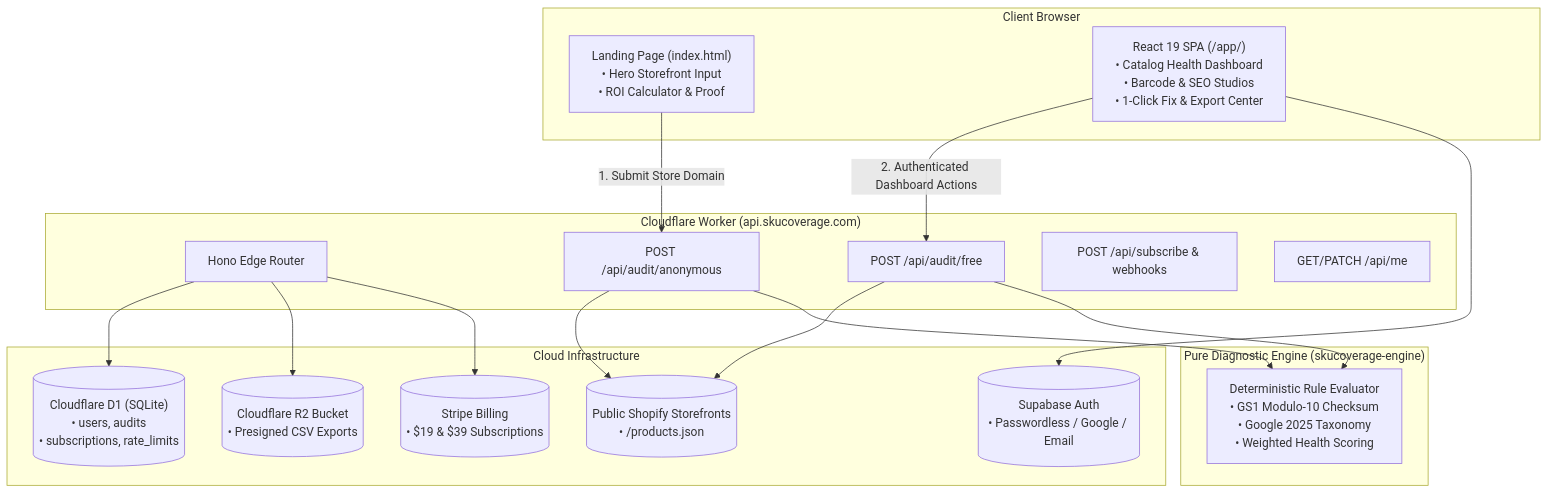
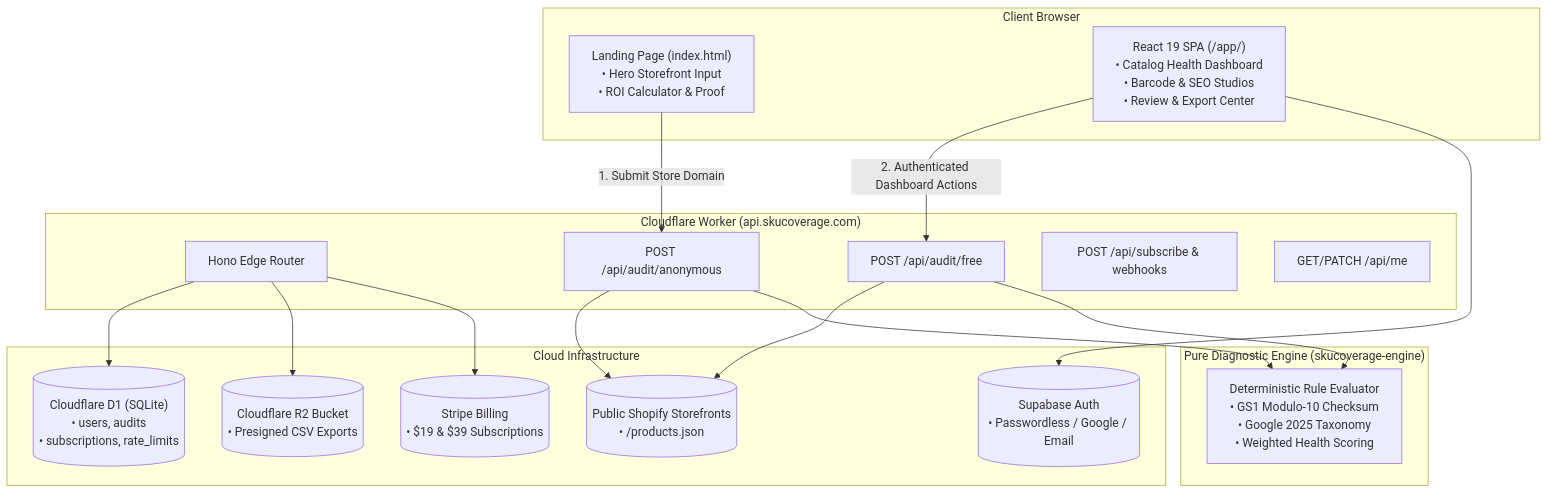
One commit to rifashahath/skucoverage changed the diagram in PROJECT_OVERVIEW.md. Above: the diagram before and after it, drawn with Mermaid. The commit also changed other lines of this file and 8 other files, not shown here.

````diff
--- a/PROJECT_OVERVIEW.md
+++ b/PROJECT_OVERVIEW.md
@@ -60,38 +60,38 @@
 ```mermaid
 graph TD
     subgraph Client["Client Browser"]
         Landing["Landing Page (index.html)<br/>• Hero Storefront Input<br/>• ROI Calculator & Proof"]
-        SPA["React 19 SPA (/app/)<br/>• Catalog Health Dashboard<br/>• Barcode & SEO Studios<br/>• 1-Click Fix & Export Center"]
+        SPA["React 19 SPA (/app/)<br/>• Catalog Health Dashboard<br/>• Barcode & SEO Studios<br/>• Review & Export Center"]
     end
 
     subgraph EdgeWorker["Cloudflare Worker (api.skucoverage.com)"]
         HonoApp["Hono Edge Router"]
         AnonEndpoint["POST /api/audit/anonymous"]
         AuthEndpoint["POST /api/audit/free"]
         StripeEndpoint["POST /api/subscribe & webhooks"]
         UserEndpoint["GET/PATCH /api/me"]
     end
 
     subgraph EngineModule["Pure Diagnostic Engine (skucoverage-engine)"]
         Engine["Deterministic Rule Evaluator<br/>• GS1 Modulo-10 Checksum<br/>• Google 2025 Taxonomy<br/>• Weighted Health Scoring"]
     end
 
     subgraph CloudInfra["Cloud Infrastructure"]
         D1[("Cloudflare D1 (SQLite)<br/>• users, audits<br/>• subscriptions, rate_limits")]
         R2[("Cloudflare R2 Bucket<br/>• Presigned CSV Exports")]
         SupabaseAuth[("Supabase Auth<br/>• Passwordless / Google / Email")]
         StripeGateway[("Stripe Billing<br/>• $19 & $39 Subscriptions")]
         ShopifyStore[("Public Shopify Storefronts<br/>• /products.json")]
     end
 
     Landing -->|1. Submit Store Domain| AnonEndpoint
     SPA -->|2. Authenticated Dashboard Actions| AuthEndpoint
     AnonEndpoint --> ShopifyStore
     AuthEndpoint --> ShopifyStore
     AnonEndpoint --> Engine
     AuthEndpoint --> Engine
     HonoApp --> D1
     HonoApp --> R2
     HonoApp --> StripeGateway
     SPA --> SupabaseAuth
 ```
````
